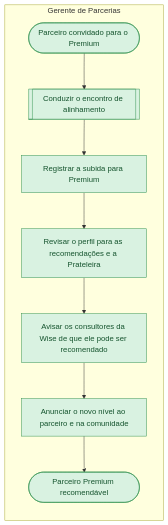
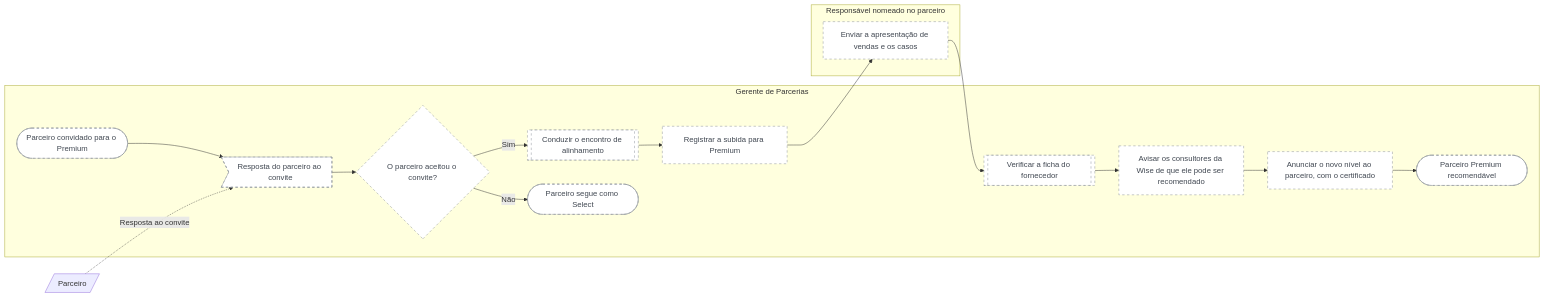
Before and after one commit to Guilherme-MFaccin/Wise-Partners: the diagram in mapeamentos/wise-partners-to-be/saidas/mermaid/fluxo-7-5-conduzir-a-entrada-no-premium.mmd, drawn with Mermaid. The commit also changed 278 other files, not shown here.

```diff
--- a/mapeamentos/wise-partners-to-be/saidas/mermaid/fluxo-7-5-conduzir-a-entrada-no-premium.mmd
+++ b/mapeamentos/wise-partners-to-be/saidas/mermaid/fluxo-7-5-conduzir-a-entrada-no-premium.mmd
@@ -1,20 +1,32 @@
 flowchart LR
     classDef confirmado fill:#D9F2E1,stroke:#2F8F4E,color:#14532D
     classDef declarado fill:#FFF3C4,stroke:#B8860B,color:#5C4300
     classDef hipotese fill:#FFFFFF,stroke:#8A9099,color:#3F4650,stroke-dasharray: 5 5
     classDef contestado fill:#FDE2E1,stroke:#C53030,color:#7F1D1D
     subgraph raia_PA_01 ["Gerente de Parcerias"]
-      n_i1(["Parceiro convidado para o Premium"]):::confirmado
-      n_s1[["Conduzir o encontro de alinhamento"]]:::confirmado
-      n_t1["Registrar a subida para Premium"]:::confirmado
-      n_t2["Revisar o perfil para as recomendações e a Prateleira"]:::confirmado
-      n_t3["Avisar os consultores da Wise de que ele pode ser recomendado"]:::confirmado
-      n_t4["Anunciar o novo nível ao parceiro e na comunidade"]:::confirmado
-      n_f1(["Parceiro Premium recomendável"]):::confirmado
+      n_i1(["Parceiro convidado para o Premium"]):::hipotese
+      n_e0>"Resposta do parceiro ao convite"]:::hipotese
+      n_g0{"O parceiro aceitou o convite?"}:::hipotese
+      n_s1[["Conduzir o encontro de alinhamento"]]:::hipotese
+      n_t1["Registrar a subida para Premium"]:::hipotese
+      n_s2[["Verificar a ficha do fornecedor"]]:::hipotese
+      n_t3["Avisar os consultores da Wise de que ele pode ser recomendado"]:::hipotese
+      n_t4["Anunciar o novo nível ao parceiro, com o certificado"]:::hipotese
+      n_f0(["Parceiro segue como Select"]):::hipotese
+      n_f1(["Parceiro Premium recomendável"]):::hipotese
     end
-    n_i1 --> n_s1
+    subgraph raia_PA_05 ["Responsável nomeado no parceiro"]
+      n_t2["Enviar a apresentação de vendas e os casos"]:::hipotese
+    end
+    ext_X1[/"Parceiro"/]
+    n_i1 --> n_e0
+    n_e0 --> n_g0
+    n_g0 -->|Não| n_f0
+    n_g0 -->|Sim| n_s1
     n_s1 --> n_t1
     n_t1 --> n_t2
-    n_t2 --> n_t3
+    n_t2 --> n_s2
+    n_s2 --> n_t3
     n_t3 --> n_t4
     n_t4 --> n_f1
+    ext_X1 -.->|Resposta ao convite| n_e0
```
